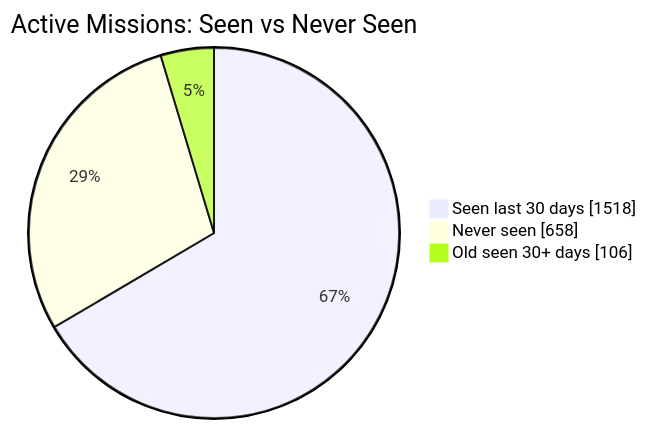
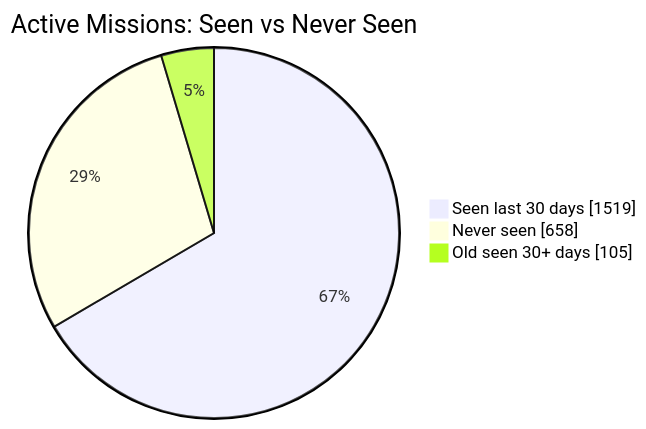
One commit to MeldkamerspelGameTeam/active-missions changed the first of 2 diagrams in README.md. Above: the diagram before and after it, drawn with Mermaid. The commit also changed other lines of this file and 2 other files, not shown here.

````diff
--- a/README.md
+++ b/README.md
@@ -34,7 +34,7 @@
 ```mermaid
 pie showData
     title Active Missions: Seen vs Never Seen
-    "Seen last 30 days" : 1518
+    "Seen last 30 days" : 1519
     "Never seen" : 658
-    "Old seen 30+ days" : 106
+    "Old seen 30+ days" : 105
 ```
````
